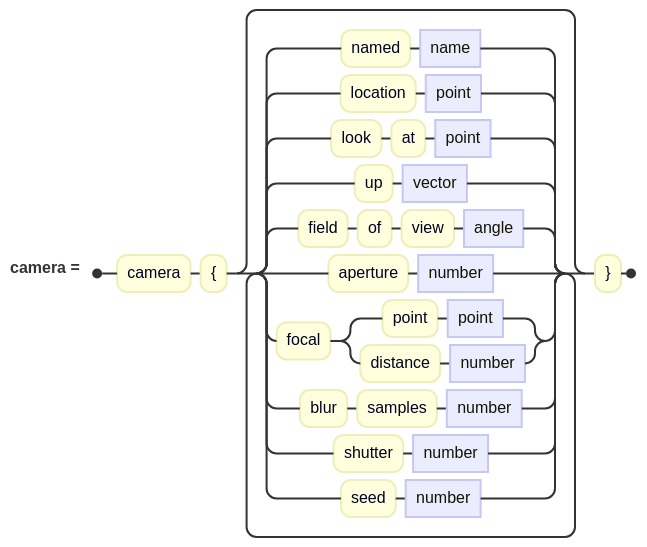
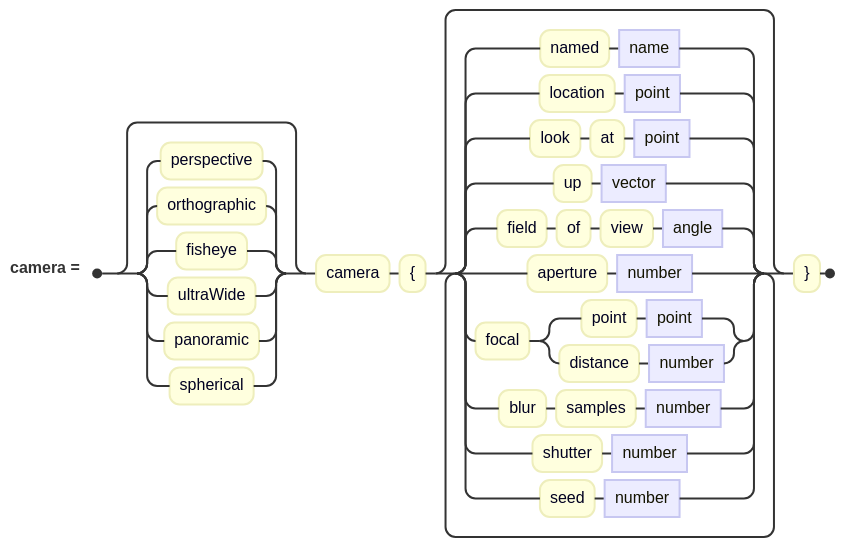
Before and after one commit to jskress/RayTracer: the diagram in docs/diagrams/cameras/cameraClause.mmd, drawn with Mermaid. The commit also changed 22 other files, not shown here.

```diff
--- a/docs/diagrams/cameras/cameraClause.mmd
+++ b/docs/diagrams/cameras/cameraClause.mmd
@@ -1,7 +1,8 @@
 railroad-ebnf-beta
 title "Camera"
 
-camera = "camera" "{" { "named" name | "location" point | "look" "at" point | "up" vector
+camera = [ "perspective" | "orthographic" | "fisheye" | "ultraWide" | "panoramic" | "spherical" ]
+         "camera" "{" { "named" name | "location" point | "look" "at" point | "up" vector
        | "field" "of" "view" angle | "aperture" number
        | "focal" ( "point" point | "distance" number )
        | "blur" "samples" number | "shutter" number | "seed" number } "}" ;
```
